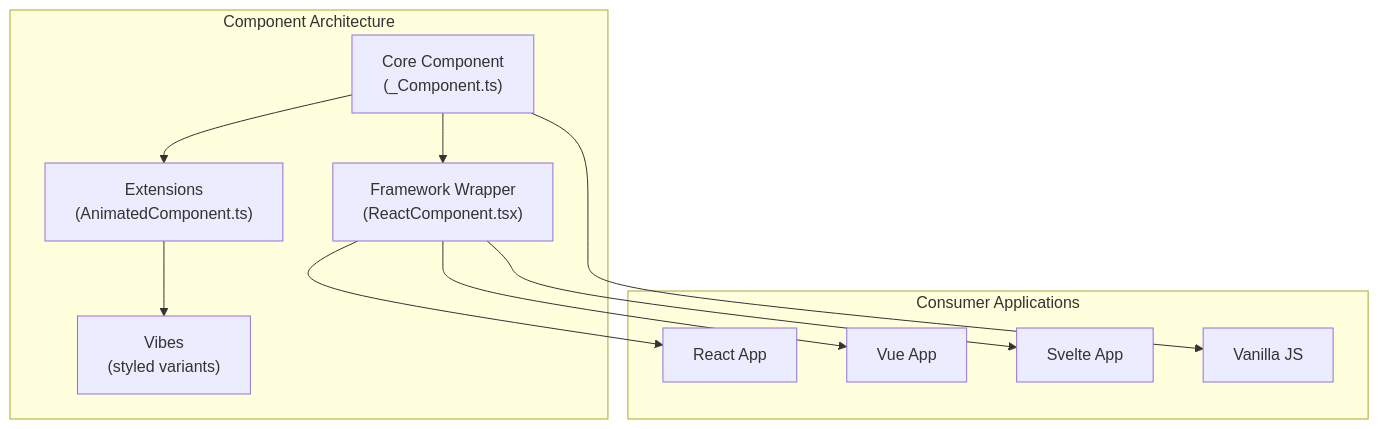
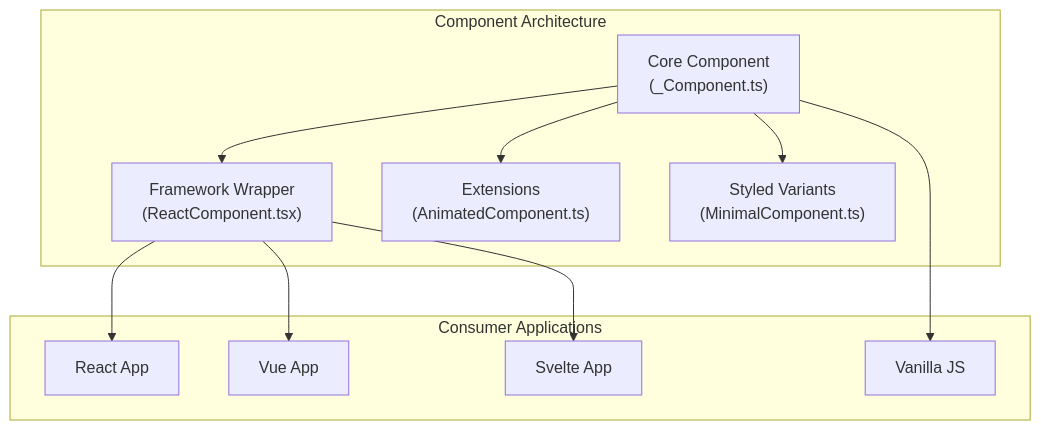
The first of 3 diagrams in v2/lib/README.md (AgnosticUI/agnosticui), drawn with Mermaid before and after one commit. The commit also changed other lines of this file and 2 other files, not shown here.

First line of the commit message:
Remove outdated 'vibes' references and enhance Upgrade Safety documentation

````diff
--- a/v2/lib/README.md
+++ b/v2/lib/README.md
@@ -9,25 +9,25 @@
 ```mermaid
 graph TB
     subgraph "Component Architecture"
         Core["Core Component<br/>(_Component.ts)"]
         Wrapper["Framework Wrapper<br/>(ReactComponent.tsx)"]
         Extension["Extensions<br/>(AnimatedComponent.ts)"]
-        Vibe["Vibes<br/>(styled variants)"]
-        
+        Styled["Styled Variants<br/>(MinimalComponent.ts)"]
+
         Core --> Wrapper
         Core --> Extension
-        Extension --> Vibe
+        Core --> Styled
     end
     
     subgraph "Consumer Applications"
         React["React App"]
         Vue["Vue App"] 
         Svelte["Svelte App"]
         Vanilla["Vanilla JS"]
     end
     
     Wrapper --> React
     Wrapper --> Vue
     Wrapper --> Svelte
     Core --> Vanilla
 ```
````
